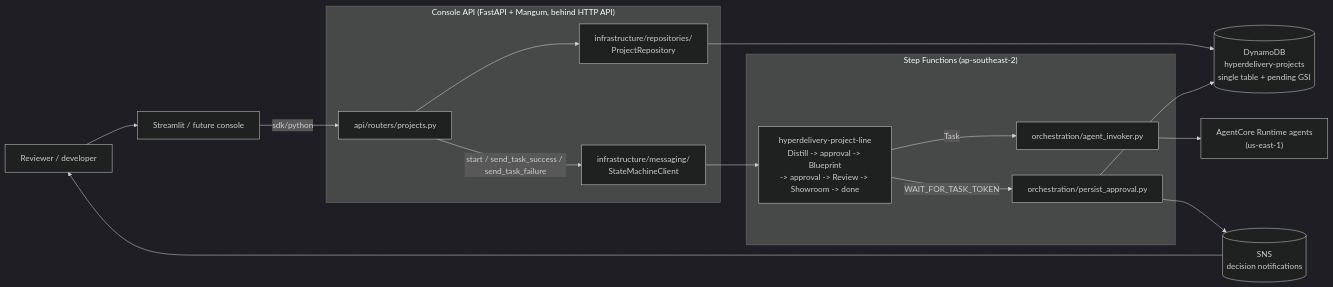
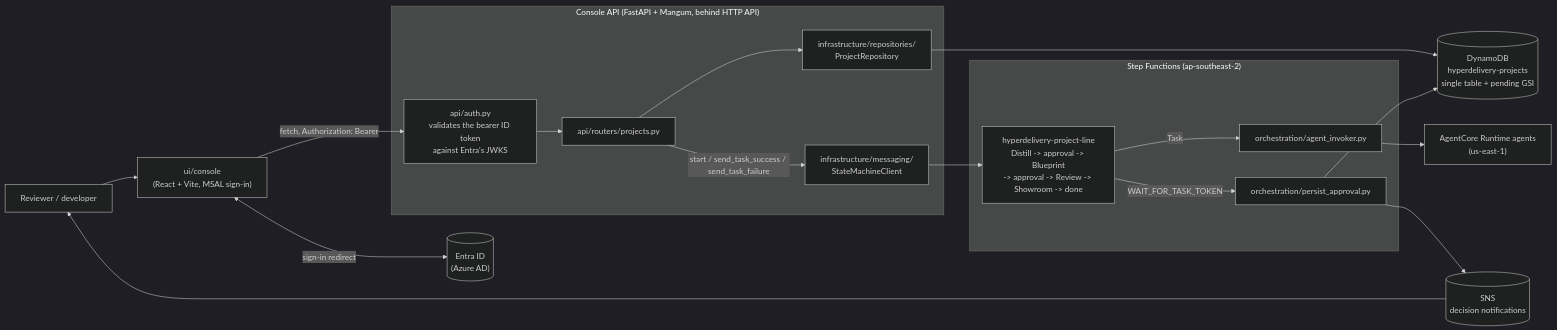
Before and after one commit to eitanflor/ua-hyperdelivery: the second of 3 diagrams in docs/architecture.md, drawn with Mermaid (dark theme). The commit also changed other lines of this file and 77 other files, not shown here.

````diff
--- a/docs/architecture.md
+++ b/docs/architecture.md
@@ -65,30 +65,34 @@
 ```mermaid
 flowchart LR
     human["Reviewer / developer"]
-    ui["Streamlit / future console"]
+    entra[("Entra ID\n(Azure AD)")]
+    ui["ui/console\n(React + Vite, MSAL sign-in)"]
 
     subgraph api["Console API (FastAPI + Mangum, behind HTTP API)"]
+        auth["api/auth.py\nvalidates the bearer ID token\nagainst Entra's JWKS"]
         routes["api/routers/projects.py"]
         repo["infrastructure/repositories/\nProjectRepository"]
         sfnclient["infrastructure/messaging/\nStateMachineClient"]
     end
 
     subgraph orch["Step Functions (ap-southeast-2)"]
         line["hyperdelivery-project-line\nDistill -> approval -> Blueprint\n-> approval -> Review -> Showroom -> done"]
         invoker["orchestration/agent_invoker.py"]
         persist["orchestration/persist_approval.py"]
     end
 
     ddb[("DynamoDB\nhyperdelivery-projects\nsingle table + pending GSI")]
     sns[("SNS\ndecision notifications")]
     agents["AgentCore Runtime agents\n(us-east-1)"]
 
-    human --> ui -->|"sdk/python"| routes
+    human --> ui
+    ui <-->|"sign-in redirect"| entra
+    ui -->|"fetch, Authorization: Bearer <ID token>"| auth --> routes
     routes --> repo --> ddb
     routes -->|"start / send_task_success / send_task_failure"| sfnclient --> line
 
     line -->|"Task"| invoker --> agents
     line -->|"WAIT_FOR_TASK_TOKEN"| persist
     persist --> ddb
     persist --> sns --> human
 ```
````
